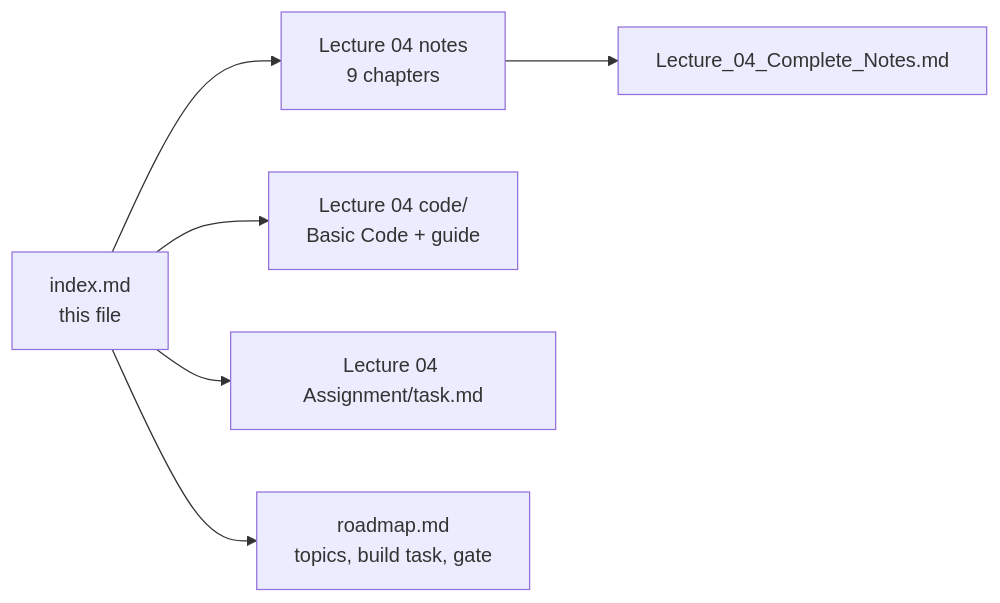
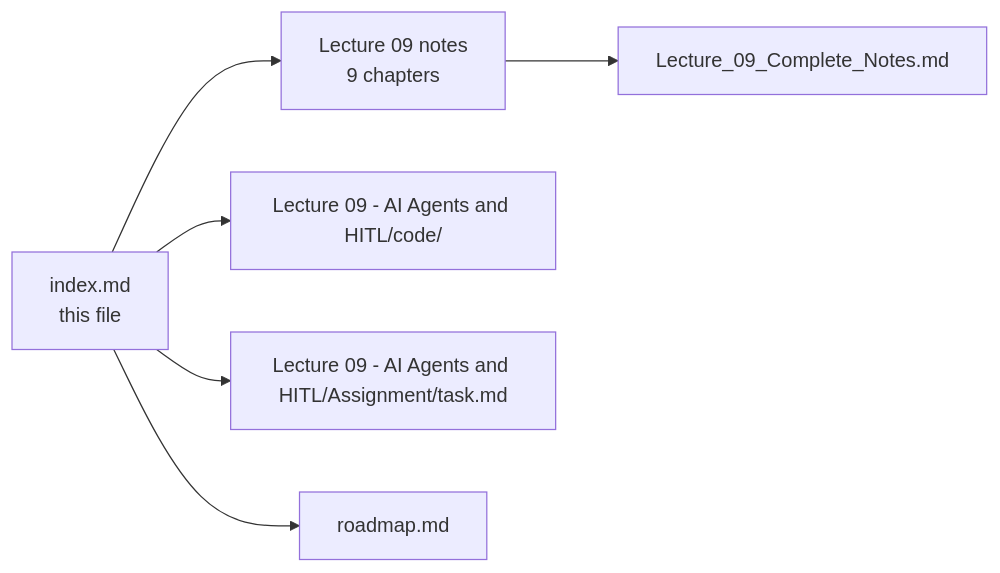
The ninth of 24 diagrams in index.md (Amie-dev/FDE-and-GenAI-Mastery), drawn with Mermaid before and after one commit. The commit also changed other lines of this file, not shown here.

Commit message:
Implement code changes to enhance functionality and improve performance

````diff
--- a/index.md
+++ b/index.md
@@ -356,8 +402,8 @@
 ```mermaid
 flowchart LR
-    IDX["index.md<br/>this file"] --> L4["Lecture 04 notes<br/>9 chapters"]
-    L4 --> CN["Lecture_04_Complete_Notes.md"]
-    IDX --> CODE["Lecture 04 code/<br/>Basic Code + guide"]
-    IDX --> ASG["Lecture 04 Assignment/task.md"]
-    IDX --> RM["roadmap.md<br/>topics, build task, gate"]
+    IDX["index.md<br/>this file"] --> L09["Lecture 09 notes<br/>9 chapters"]
+    L09 --> CN["Lecture_09_Complete_Notes.md"]
+    IDX --> CODE["Lecture 09 - AI Agents and HITL/code/"]
+    IDX --> ASG["Lecture 09 - AI Agents and HITL/Assignment/task.md"]
+    IDX --> RM["roadmap.md"]
 ```
````
